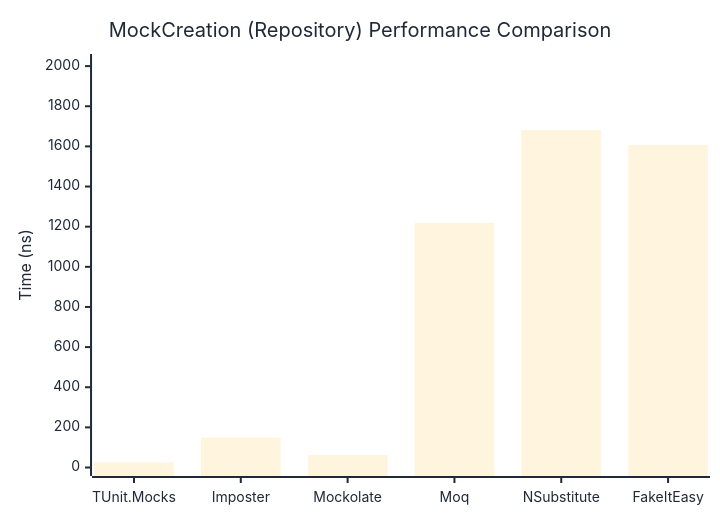
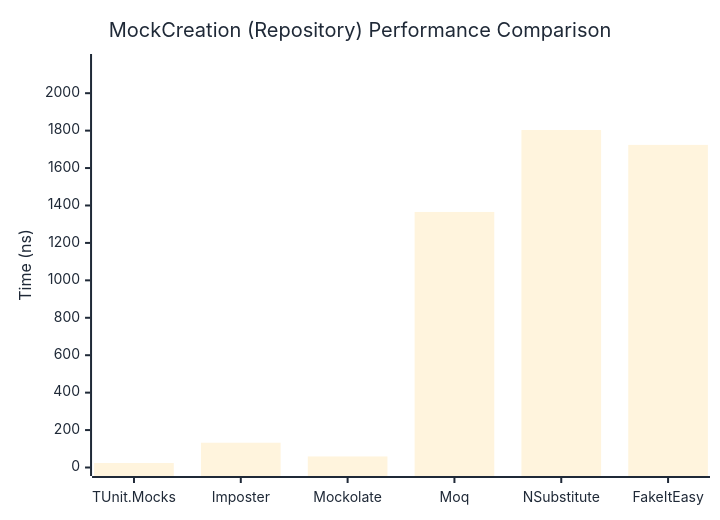
One commit to thomhurst/TUnit changed the second of 2 diagrams in docs/docs/benchmarks/mocks/MockCreation.md. Above: the diagram before and after it, drawn with Mermaid. The commit also changed other lines of this file and 14 other files, not shown here.

````diff
--- a/docs/docs/benchmarks/mocks/MockCreation.md
+++ b/docs/docs/benchmarks/mocks/MockCreation.md
@@ -69,27 +69,27 @@
 ```mermaid
 %%{init: {
   'theme':'base',
   'themeVariables': {
     'primaryColor': '#2563eb',
     'primaryTextColor': '#1f2937',
     'primaryBorderColor': '#1e40af',
     'lineColor': '#6b7280',
     'secondaryColor': '#7c3aed',
     'tertiaryColor': '#dc2626',
     'background': '#ffffff',
     'pie1': '#2563eb',
     'pie2': '#7c3aed',
     'pie3': '#dc2626',
     'pie4': '#f59e0b',
     'pie5': '#10b981',
     'pie6': '#06b6d4',
     'pie7': '#ec4899',
     'pie8': '#6366f1'
   }
 }}%%
 xychart-beta
   title "MockCreation (Repository) Performance Comparison"
   x-axis ["TUnit.Mocks", "Imposter", "Mockolate", "Moq", "NSubstitute", "FakeItEasy"]
-  y-axis "Time (ns)" 0 --> 2018
-  bar [26.19, 148.96, 62.29, 1218.88, 1680.84, 1606.51]
+  y-axis "Time (ns)" 0 --> 2164
+  bar [24.01, 132.38, 59.11, 1365.46, 1803.2, 1723.72]
 ```
````
